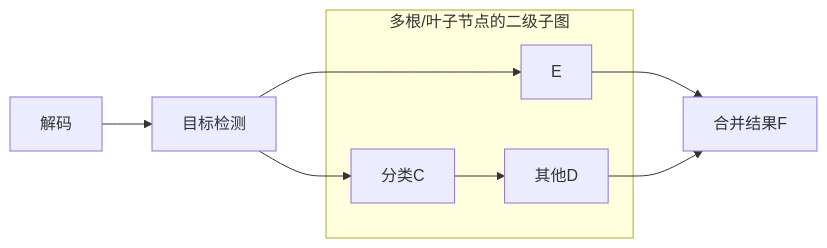
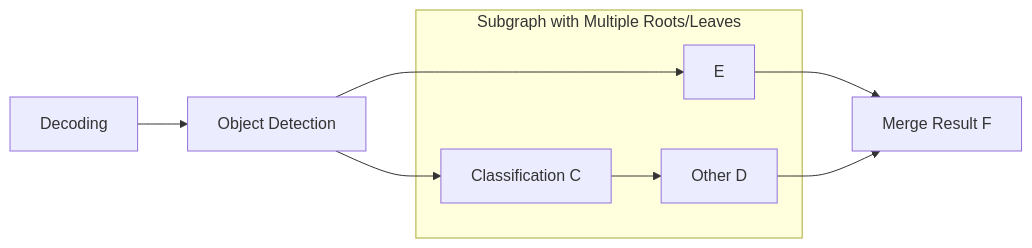
The fifth of 5 diagrams in docs/Inter-node/graphtraversal.mdx (torchpipe/torchpipe.github.io), drawn with Mermaid before and after one commit. The commit also changed other lines of this file and 3 other files, not shown here.

````diff
--- a/docs/Inter-node/graphtraversal.mdx
+++ b/docs/Inter-node/graphtraversal.mdx
@@ -152,12 +165,12 @@
 ```mermaid
 flowchart LR
-    A[解码] --> B[目标检测]
+    A[Decoding] --> B[Object Detection]
     B --> E
-    B --> C[分类C]
-    subgraph 多根/叶子节点的二级子图
-    C --> D[其他D]
+    B --> C[Classification C]
+    subgraph Subgraph with Multiple Roots/Leaves
+    C --> D[Other D]
     E
     end
-    E --> F[合并结果F]
+    E --> F[Merge Result F]
     D --> F
 ```
````
